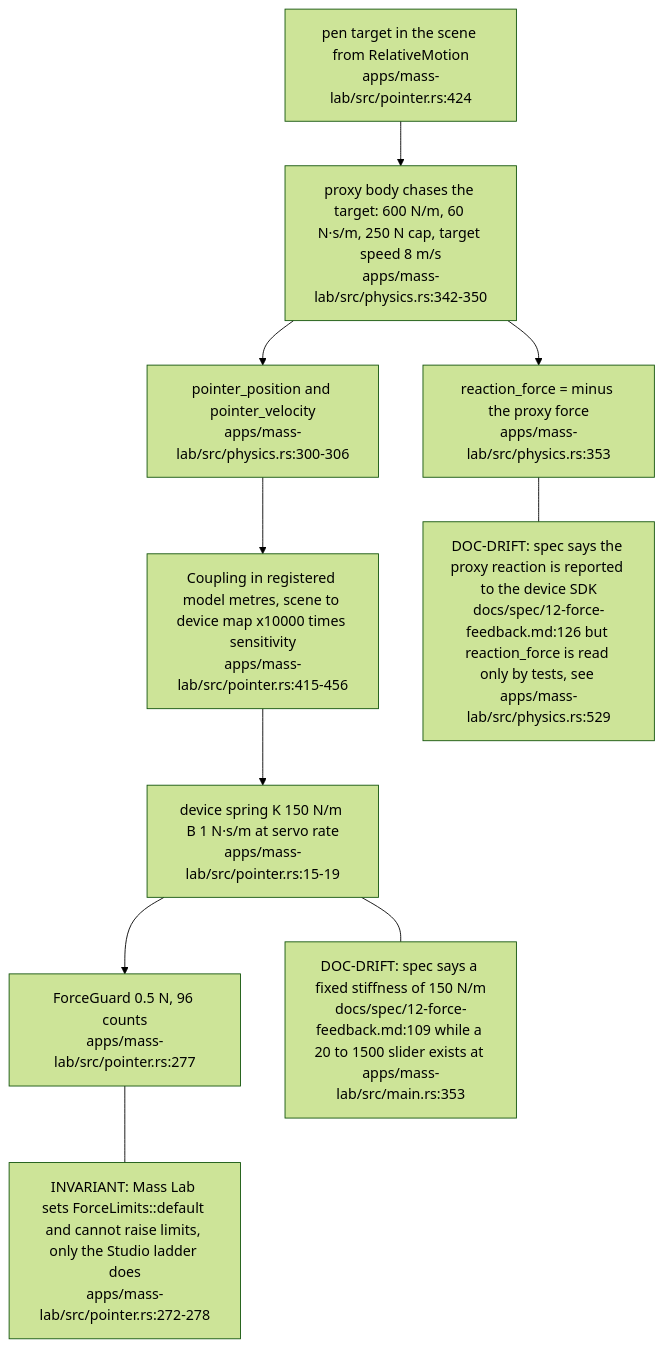
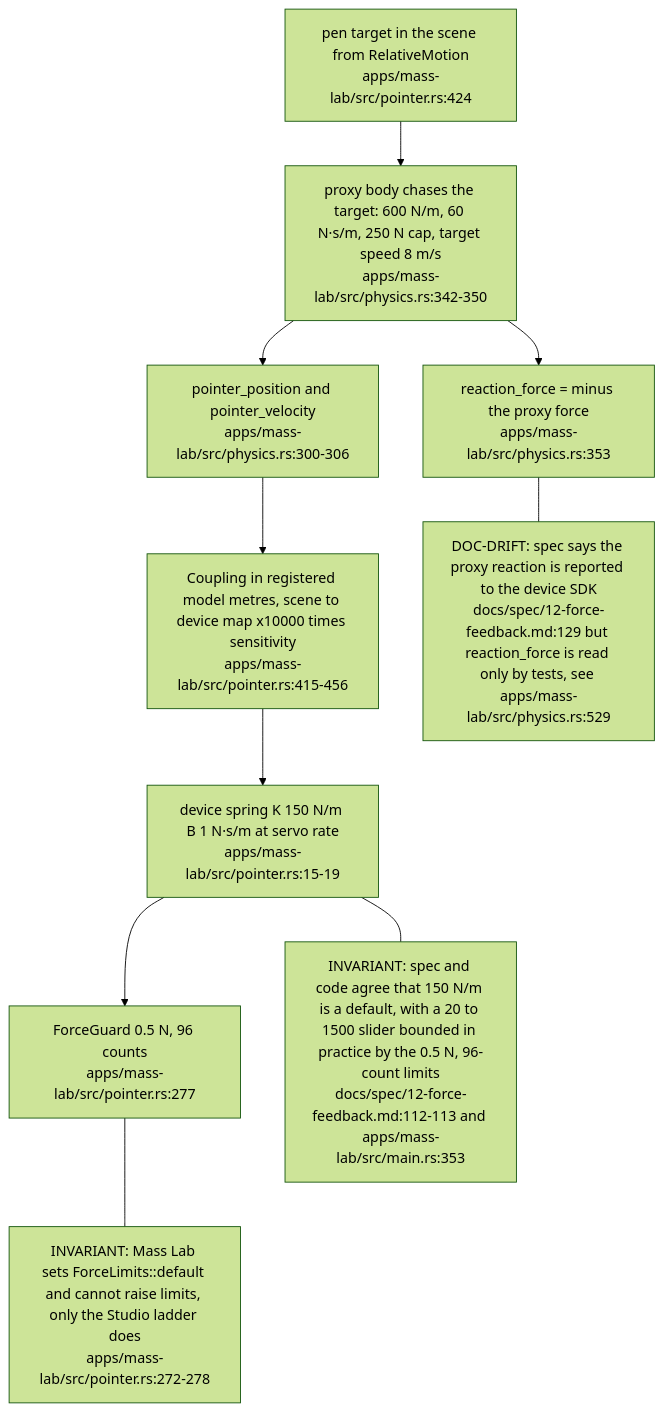
Before and after one commit to DreamLab-AI/VisionFlow: the fourth of 5 diagrams in docs/diagrams/visiontouch-rs/04-mass-lab-servo-rate-coupling.md, drawn with Mermaid (forest theme). The commit also changed other lines of this file and 9 other files, not shown here.

Commit message:
docs(diagrams): re-stamp VT-01 to VT-08 at visiontouch-rs 77898bc

````diff
--- a/docs/diagrams/visiontouch-rs/04-mass-lab-servo-rate-coupling.md
+++ b/docs/diagrams/visiontouch-rs/04-mass-lab-servo-rate-coupling.md
@@ -114,22 +114,22 @@
 ```mermaid
 flowchart TB
     TGT["pen target in the scene from RelativeMotion<br/>apps/mass-lab/src/pointer.rs:424"]
     PX["proxy body chases the target: 600 N/m, 60 N·s/m, 250 N cap, target speed 8 m/s<br/>apps/mass-lab/src/physics.rs:342-350"]
     POS["pointer_position and pointer_velocity<br/>apps/mass-lab/src/physics.rs:300-306"]
     DESC["Coupling in registered model metres, scene to device map x10000 times sensitivity<br/>apps/mass-lab/src/pointer.rs:415-456"]
     SPR["device spring K 150 N/m B 1 N·s/m at servo rate<br/>apps/mass-lab/src/pointer.rs:15-19"]
     GUARD["ForceGuard 0.5 N, 96 counts<br/>apps/mass-lab/src/pointer.rs:277"]
     REAC["reaction_force = minus the proxy force<br/>apps/mass-lab/src/physics.rs:353"]
     TGT --> PX
     PX --> POS
     POS --> DESC
     DESC --> SPR
     SPR --> GUARD
     PX --> REAC
-    N1["DOC-DRIFT: spec says the proxy reaction is reported to the device SDK<br/>docs/spec/12-force-feedback.md:126 but reaction_force is read only by tests, see apps/mass-lab/src/physics.rs:529"]
-    N2["DOC-DRIFT: spec says a fixed stiffness of 150 N/m<br/>docs/spec/12-force-feedback.md:109 while a 20 to 1500 slider exists at apps/mass-lab/src/main.rs:353"]
+    N1["DOC-DRIFT: spec says the proxy reaction is reported to the device SDK<br/>docs/spec/12-force-feedback.md:129 but reaction_force is read only by tests, see apps/mass-lab/src/physics.rs:529"]
+    N2["INVARIANT: spec and code agree that 150 N/m is a default, with a 20 to 1500 slider bounded in practice by the 0.5 N, 96-count limits<br/>docs/spec/12-force-feedback.md:112-113 and apps/mass-lab/src/main.rs:353"]
     N3["INVARIANT: Mass Lab sets ForceLimits::default and cannot raise limits, only the Studio ladder does<br/>apps/mass-lab/src/pointer.rs:272-278"]
     REAC --- N1
     SPR --- N2
     GUARD --- N3
 ```
````
